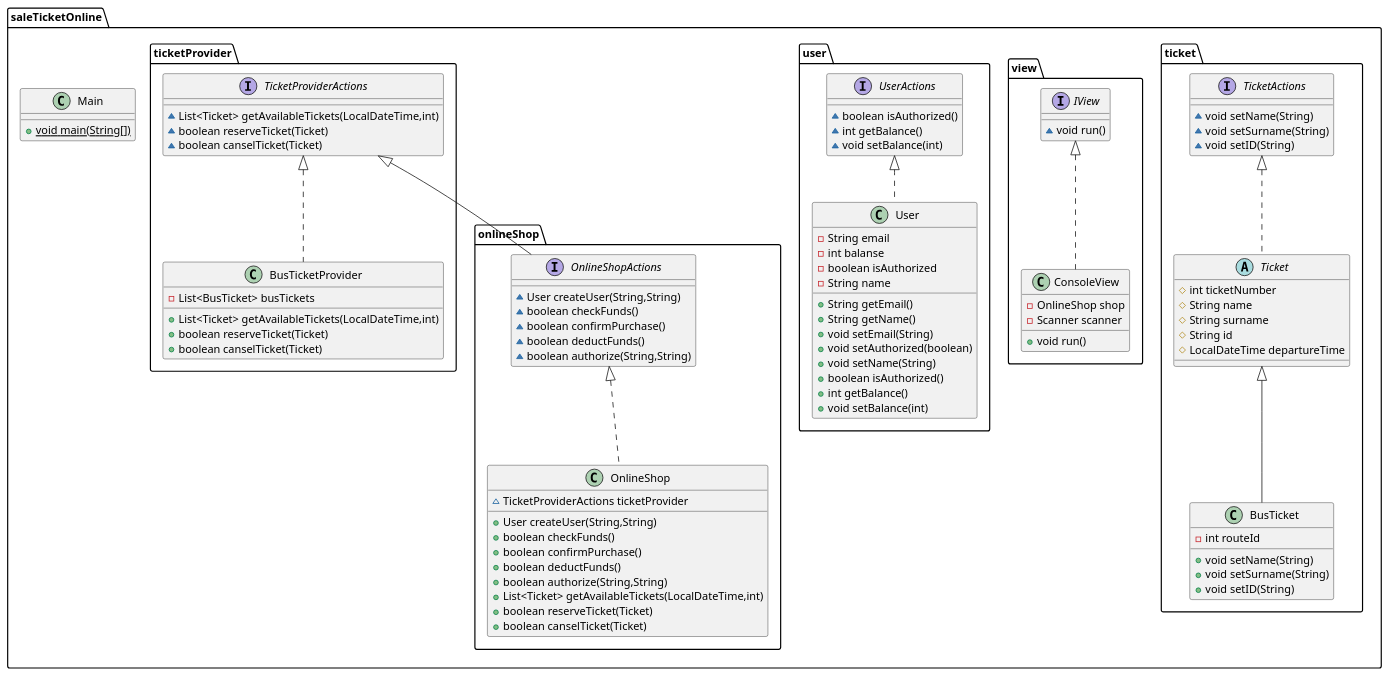
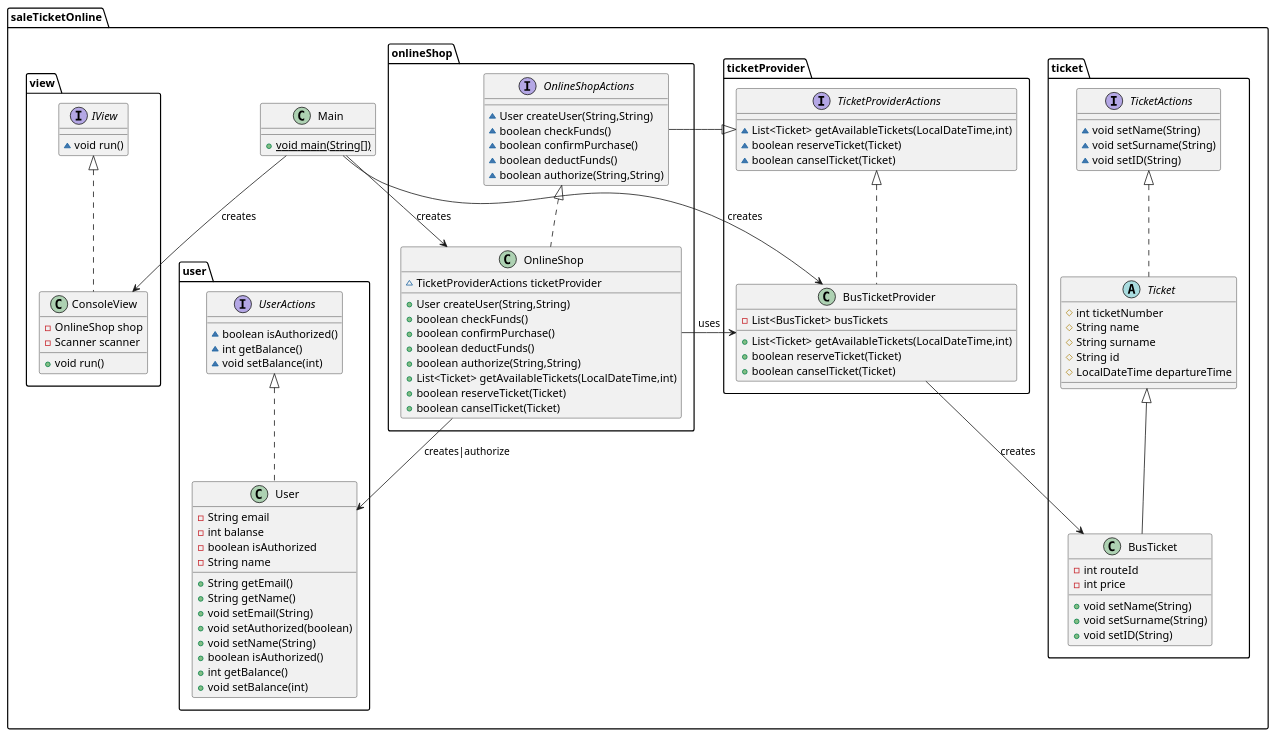
Before and after one commit to RomanAnnenkov/gb_seminar_architecture: the diagram in lessonFour/src/main/java/saleTicketOnline/saleOnlineTicket.puml, drawn with PlantUML.

Commit message:
added relations to diagram

```diff
--- a/lessonFour/src/main/java/saleTicketOnline/saleOnlineTicket.puml
+++ b/lessonFour/src/main/java/saleTicketOnline/saleOnlineTicket.puml
@@ -1,88 +1,97 @@
 @startuml
 class saleTicketOnline.ticket.BusTicket {
 - int routeId
+- int price
 + void setName(String)
 + void setSurname(String)
 + void setID(String)
 }
 class saleTicketOnline.view.ConsoleView {
 - OnlineShop shop
 - Scanner scanner
 + void run()
 }
 class saleTicketOnline.user.User {
 - String email
 - int balanse
 - boolean isAuthorized
 - String name
 + String getEmail()
 + String getName()
 + void setEmail(String)
 + void setAuthorized(boolean)
 + void setName(String)
 + boolean isAuthorized()
 + int getBalance()
 + void setBalance(int)
 }
 class saleTicketOnline.onlineShop.OnlineShop {
 ~ TicketProviderActions ticketProvider
 + User createUser(String,String)
 + boolean checkFunds()
 + boolean confirmPurchase()
 + boolean deductFunds()
 + boolean authorize(String,String)
 + List<Ticket> getAvailableTickets(LocalDateTime,int)
 + boolean reserveTicket(Ticket)
 + boolean canselTicket(Ticket)
 }
 interface saleTicketOnline.ticket.TicketActions {
 ~ void setName(String)
 ~ void setSurname(String)
 ~ void setID(String)
 }
 interface saleTicketOnline.ticketProvider.TicketProviderActions {
 ~ List<Ticket> getAvailableTickets(LocalDateTime,int)
 ~ boolean reserveTicket(Ticket)
 ~ boolean canselTicket(Ticket)
 }
 abstract class saleTicketOnline.ticket.Ticket {
 # int ticketNumber
 # String name
 # String surname
 # String id
 # LocalDateTime departureTime
 }
 interface saleTicketOnline.view.IView {
 ~ void run()
 }
 interface saleTicketOnline.user.UserActions {
 ~ boolean isAuthorized()
 ~ int getBalance()
 ~ void setBalance(int)
 }
 class saleTicketOnline.ticketProvider.BusTicketProvider {
 - List<BusTicket> busTickets
 + List<Ticket> getAvailableTickets(LocalDateTime,int)
 + boolean reserveTicket(Ticket)
 + boolean canselTicket(Ticket)
 }
 class saleTicketOnline.Main {
 + {static} void main(String[])
 }
 interface saleTicketOnline.onlineShop.OnlineShopActions {
 ~ User createUser(String,String)
 ~ boolean checkFunds()
 ~ boolean confirmPurchase()
 ~ boolean deductFunds()
 ~ boolean authorize(String,String)
 }
 
 
 saleTicketOnline.ticket.Ticket <|-- saleTicketOnline.ticket.BusTicket
 saleTicketOnline.view.IView <|.. saleTicketOnline.view.ConsoleView
 saleTicketOnline.user.UserActions <|.. saleTicketOnline.user.User
 saleTicketOnline.onlineShop.OnlineShopActions <|.. saleTicketOnline.onlineShop.OnlineShop
 saleTicketOnline.ticket.TicketActions <|.. saleTicketOnline.ticket.Ticket
 saleTicketOnline.ticketProvider.TicketProviderActions <|.. saleTicketOnline.ticketProvider.BusTicketProvider
 saleTicketOnline.ticketProvider.TicketProviderActions <|-- saleTicketOnline.onlineShop.OnlineShopActions
+
+Main --> BusTicketProvider : creates
+Main --> OnlineShop : creates
+Main --> ConsoleView : creates
+OnlineShop --> User : creates|authorize
+OnlineShop --> BusTicketProvider : uses
+BusTicketProvider --> BusTicket : creates
+
 @enduml
```
